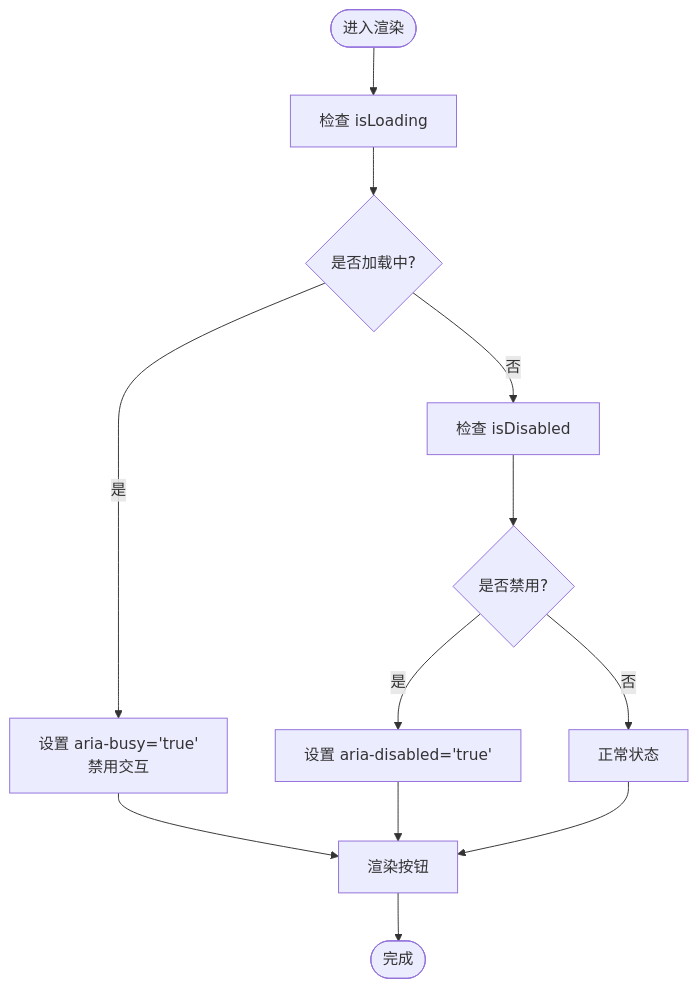
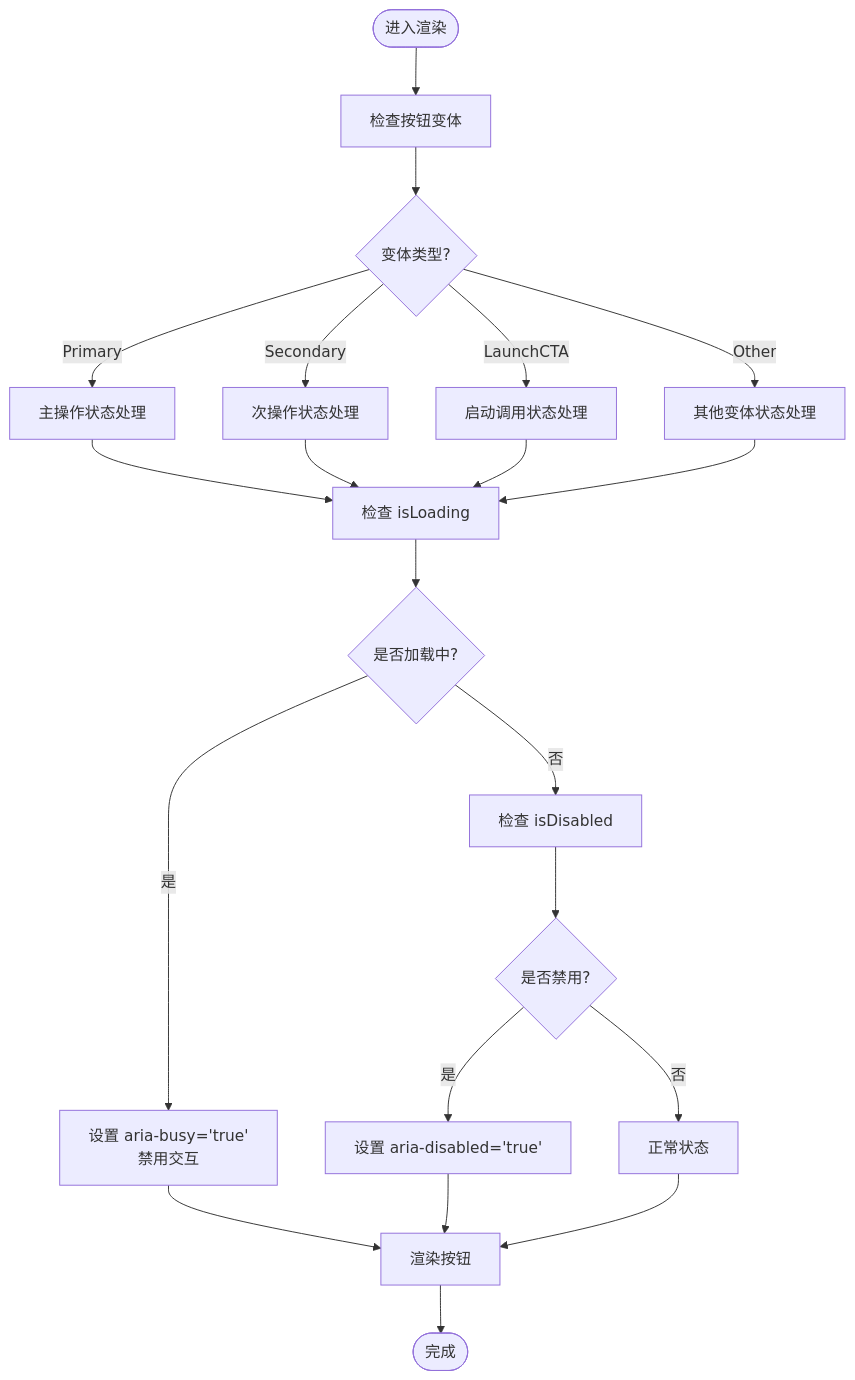
One commit to AIMFllyYS/code-video-canvas changed the third of 4 diagrams in .qoder/repowiki/zh/content/UI 组件库/基础组件/按钮组件.md. Above: the diagram before and after it, drawn with Mermaid. The commit also changed other lines of this file and 51 other files, not shown here.

````diff
--- a/.qoder/repowiki/zh/content/UI 组件库/基础组件/按钮组件.md
+++ b/.qoder/repowiki/zh/content/UI 组件库/基础组件/按钮组件.md
@@ -182,14 +223,23 @@
 ```mermaid
 flowchart TD
-Start(["进入渲染"]) --> CheckLoading["检查 isLoading"]
+Start(["进入渲染"]) --> CheckVariant["检查按钮变体"]
+CheckVariant --> VariantType{"变体类型?"}
+VariantType --> |Primary| PrimaryState["主操作状态处理"]
+VariantType --> |Secondary| SecondaryState["次操作状态处理"]
+VariantType --> |LaunchCTA| LaunchState["启动调用状态处理"]
+VariantType --> |Other| OtherState["其他变体状态处理"]
+PrimaryState --> CheckLoading["检查 isLoading"]
+SecondaryState --> CheckLoading
+LaunchState --> CheckLoading
+OtherState --> CheckLoading
 CheckLoading --> Loading{"是否加载中?"}
 Loading --> |是| SetBusy["设置 aria-busy='true'<br/>禁用交互"]
 Loading --> |否| CheckDisabled["检查 isDisabled"]
 SetBusy --> Render["渲染按钮"]
 CheckDisabled --> Disabled{"是否禁用?"}
 Disabled --> |是| SetAriaDisabled["设置 aria-disabled='true'"]
 Disabled --> |否| Normal["正常状态"]
 SetAriaDisabled --> Render
 Normal --> Render
 Render --> End(["完成"])
 ```
````
